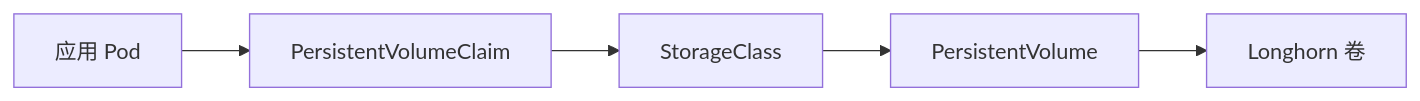
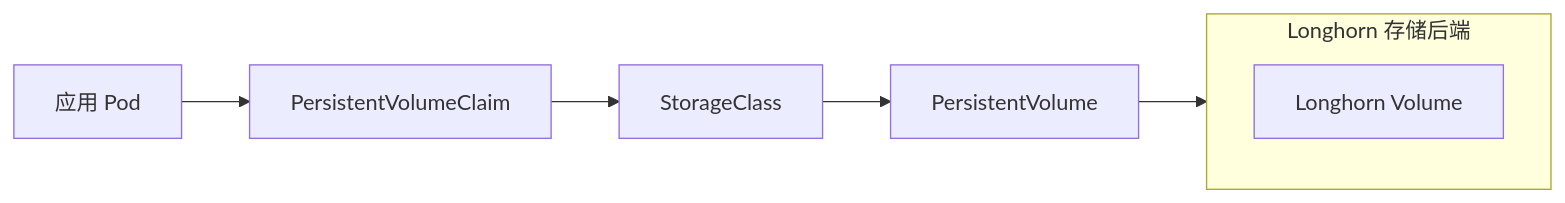
Before and after one commit to hwang-protocol/docker_k8s_2026: the first of 5 diagrams in k8s/04-storage-and-stateful/docs/00_storage_theory.md, drawn with Mermaid. The commit also changed other lines of this file, not shown here.

````diff
--- a/k8s/04-storage-and-stateful/docs/00_storage_theory.md
+++ b/k8s/04-storage-and-stateful/docs/00_storage_theory.md
@@ -41,13 +41,16 @@
 ```mermaid
 flowchart LR
   app[应用 Pod]
   pvc[PersistentVolumeClaim]
   sc[StorageClass]
   pv[PersistentVolume]
-  backend[Longhorn 卷]
+  subgraph backend["Longhorn 存储后端"]
+    direction TB
+    volume[Longhorn Volume]
+  end
 
   app --> pvc
   pvc --> sc
   sc --> pv
-  pv --> backend
+  pv --> volume
 ```
````
